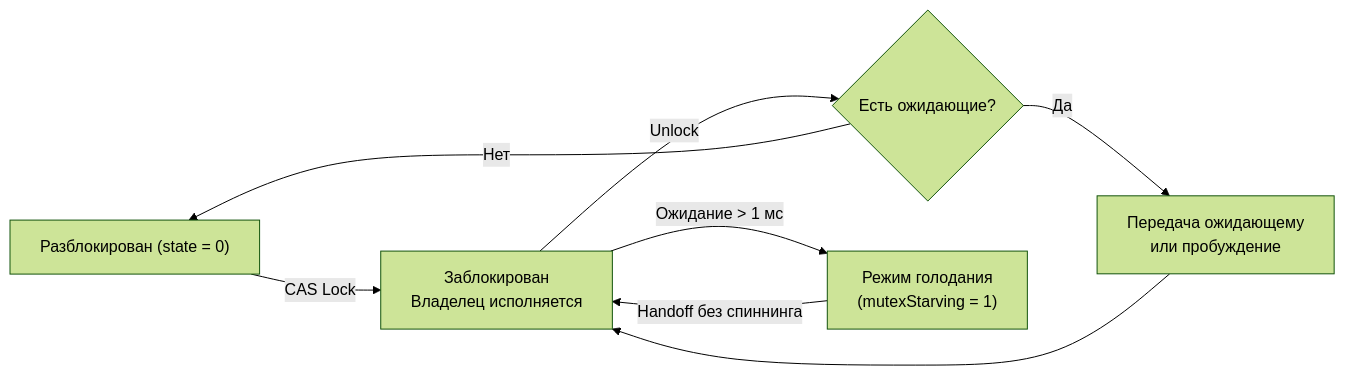
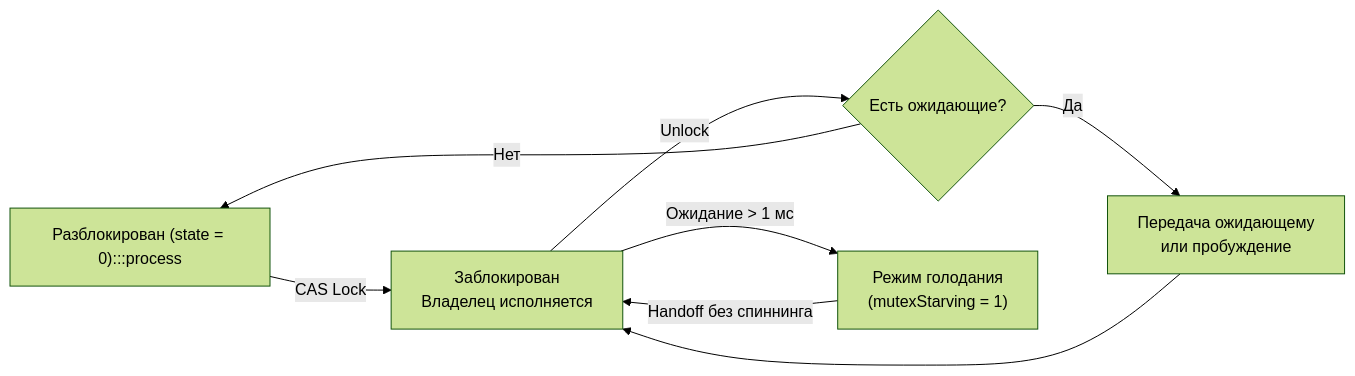
Before and after one commit to UnrealTemplier/go-textbook: the second of 3 diagrams in sources/16. Профилирование, отладка и производительность/06. Конкурентность/5. Sync primitives и их стоимость.md, drawn with Mermaid (forest theme). The commit also changed other lines of this file and 1666 other files, not shown here.

First line of the commit message:
feat(mermaid): add semantic color classDef to 1369 colorless flowchart/graph diagrams

````diff
--- a/sources/16. Профилирование, отладка и производительность/06. Конкурентность/5. Sync primitives и их стоимость.md
+++ b/sources/16. Профилирование, отладка и производительность/06. Конкурентность/5. Sync primitives и их стоимость.md
@@ -85,10 +95,20 @@
 ```mermaid
 flowchart LR
-    Unlocked["Разблокирован (state = 0)"] -->|"CAS Lock"| Locked["Заблокирован<br/>Владелец исполняется"]
+    classDef process  fill:#1e293b,stroke:#38bdf8,stroke-width:1px,color:#f8fafc
+    classDef success  fill:#064e3b,stroke:#34d399,stroke-width:1px,color:#f8fafc
+    classDef error    fill:#7f1d1d,stroke:#f87171,stroke-width:1px,color:#f8fafc
+    classDef warning  fill:#78350f,stroke:#fbbf24,stroke-width:1px,color:#f8fafc
+    classDef entry    fill:#1e3a5f,stroke:#38bdf8,stroke-width:2px,color:#f8fafc
+    classDef aux      fill:#334155,stroke:#64748b,stroke-width:1px,color:#f8fafc
+    classDef system   fill:#312e81,stroke:#a78bfa,stroke-width:1px,color:#f8fafc
+    classDef data     fill:#132d29,stroke:#2dd4bf,stroke-width:1px,color:#f8fafc
+    classDef network  fill:#881337,stroke:#fb7185,stroke-width:1px,color:#f8fafc
+    classDef accent   fill:#1e1b4b,stroke:#818cf8,stroke-width:1px,color:#f8fafc
+    Unlocked["Разблокирован (state = 0):::process"] -->|"CAS Lock"| Locked["Заблокирован<br/>Владелец исполняется"]
     Locked -->|"Unlock"| Pending{"Есть ожидающие?"}
     Pending -- "Нет" --> Unlocked
     Pending -- "Да" --> Handoff["Передача ожидающему<br/>или пробуждение"]
     Handoff --> Locked
     Locked -->|"Ожидание > 1 мс"| Starvation["Режим голодания<br/>(mutexStarving = 1)"]
     Starvation -->|"Handoff без спиннинга"| Locked
 ```
````
